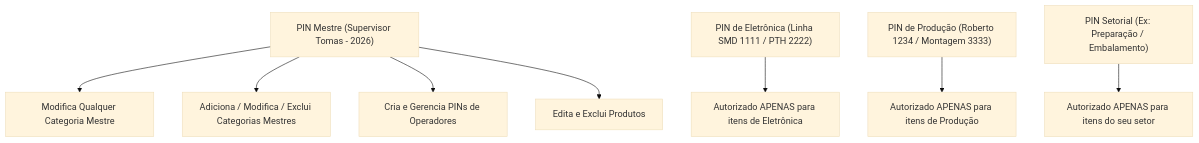
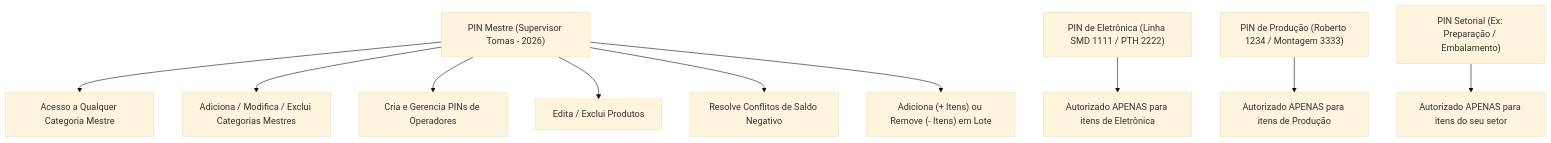
The diagram in MANUAL_DE_USO.md (tomi-pereyra/luxpryme-stock), drawn with Mermaid (base theme) before and after one commit. The commit also changed other lines of this file and 1 other file, not shown here.

Commit message:
docs: atualizar manual de uso (v1.2.0) em Markdown e Word com funcoes offline, gestao em lote e conflitos

````diff
--- a/MANUAL_DE_USO.md
+++ b/MANUAL_DE_USO.md
@@ -60,11 +66,13 @@
 ```mermaid
 flowchart TD
-    A["PIN Mestre (Supervisor Tomas - 2026)"] --> B["Modifica Qualquer Categoria Mestre"]
+    A["PIN Mestre (Supervisor Tomas - 2026)"] --> B["Acesso a Qualquer Categoria Mestre"]
     A --> C["Adiciona / Modifica / Exclui Categorias Mestres"]
     A --> D["Cria e Gerencia PINs de Operadores"]
-    A --> E["Edita e Exclui Produtos"]
+    A --> E["Edita / Exclui Produtos"]
+    A --> F["Resolve Conflitos de Saldo Negativo"]
+    A --> G["Adiciona (+ Itens) ou Remove (- Itens) em Lote"]
     
-    F["PIN de Eletrônica (Linha SMD 1111 / PTH 2222)"] --> G["Autorizado APENAS para itens de Eletrônica"]
-    H["PIN de Produção (Roberto 1234 / Montagem 3333)"] --> I["Autorizado APENAS para itens de Produção"]
-    J["PIN Setorial (Ex: Preparação / Embalamento)"] --> K["Autorizado APENAS para itens do seu setor"]
+    H["PIN de Eletrônica (Linha SMD 1111 / PTH 2222)"] --> I["Autorizado APENAS para itens de Eletrônica"]
+    J["PIN de Produção (Roberto 1234 / Montagem 3333)"] --> K["Autorizado APENAS para itens de Produção"]
+    L["PIN Setorial (Ex: Preparação / Embalamento)"] --> M["Autorizado APENAS para itens do seu setor"]
 ```
````
